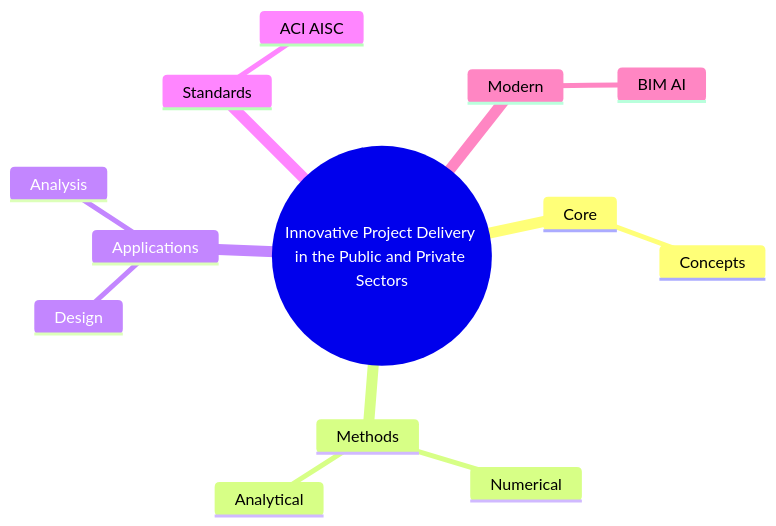
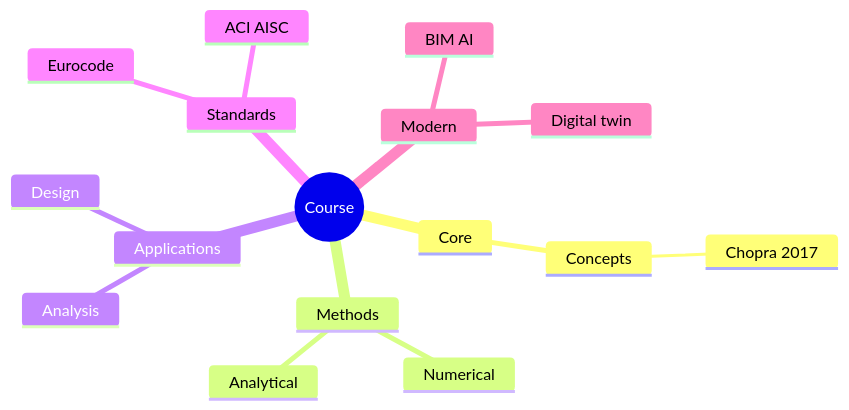
One commit to yip-lgtm/civil-bootcamp changed the second of 6 diagrams in MIT_CEE_MEng_SMD/14_1.472_Innovative_Project_Delivery.md. Above: the diagram before and after it, drawn with Mermaid. The commit also changed other lines of this file and 56 other files, not shown here.

````diff
--- a/MIT_CEE_MEng_SMD/14_1.472_Innovative_Project_Delivery.md
+++ b/MIT_CEE_MEng_SMD/14_1.472_Innovative_Project_Delivery.md
@@ -264,16 +444,19 @@
 ```mermaid
 mindmap
-    root((Innovative Project Delivery in the Public and Private Sectors))
-      Core
-        Concepts
-      Methods
-        Analytical
-        Numerical
-      Applications
-        Design
-        Analysis
-      Standards
-        ACI AISC
-      Modern
-        BIM AI
+  root((Course))
+    Core
+      Concepts
+        Chopra 2017
+    Methods
+      Analytical
+      Numerical
+    Applications
+      Design
+      Analysis
+    Standards
+      ACI AISC
+      Eurocode
+    Modern
+      BIM AI
+      Digital twin
 ```
````
